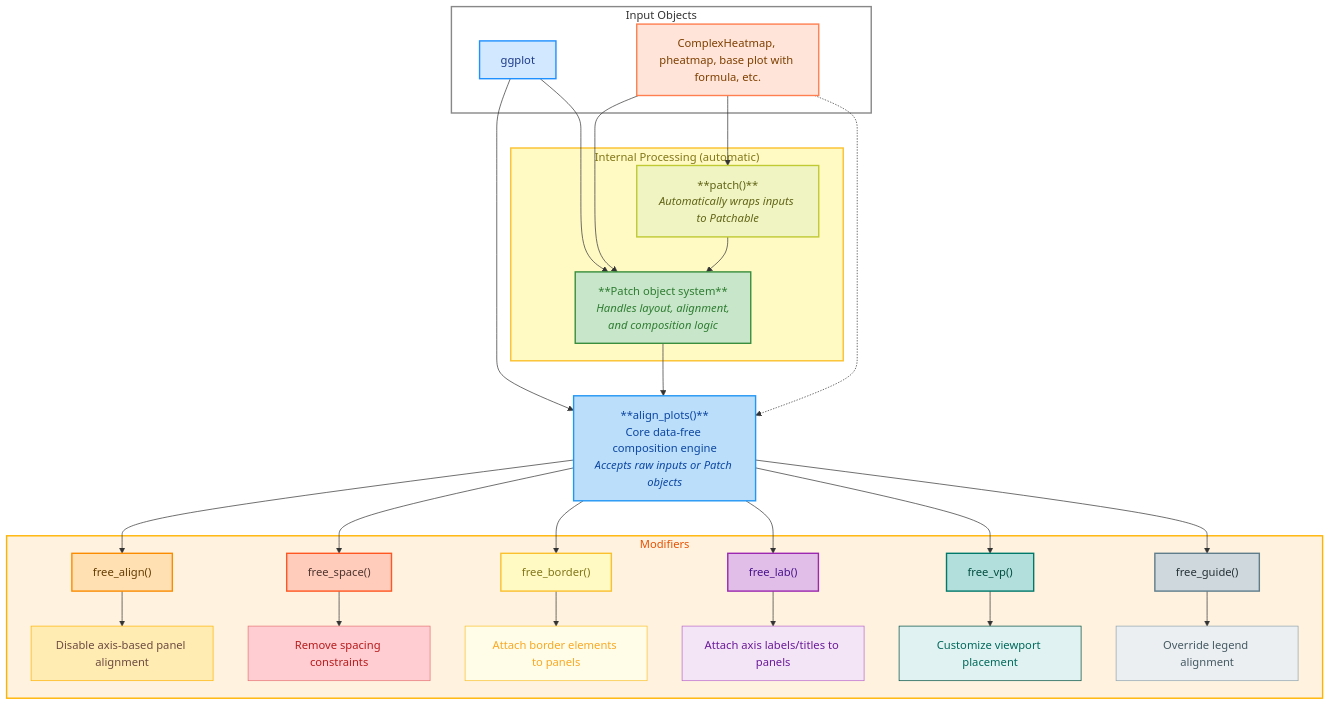
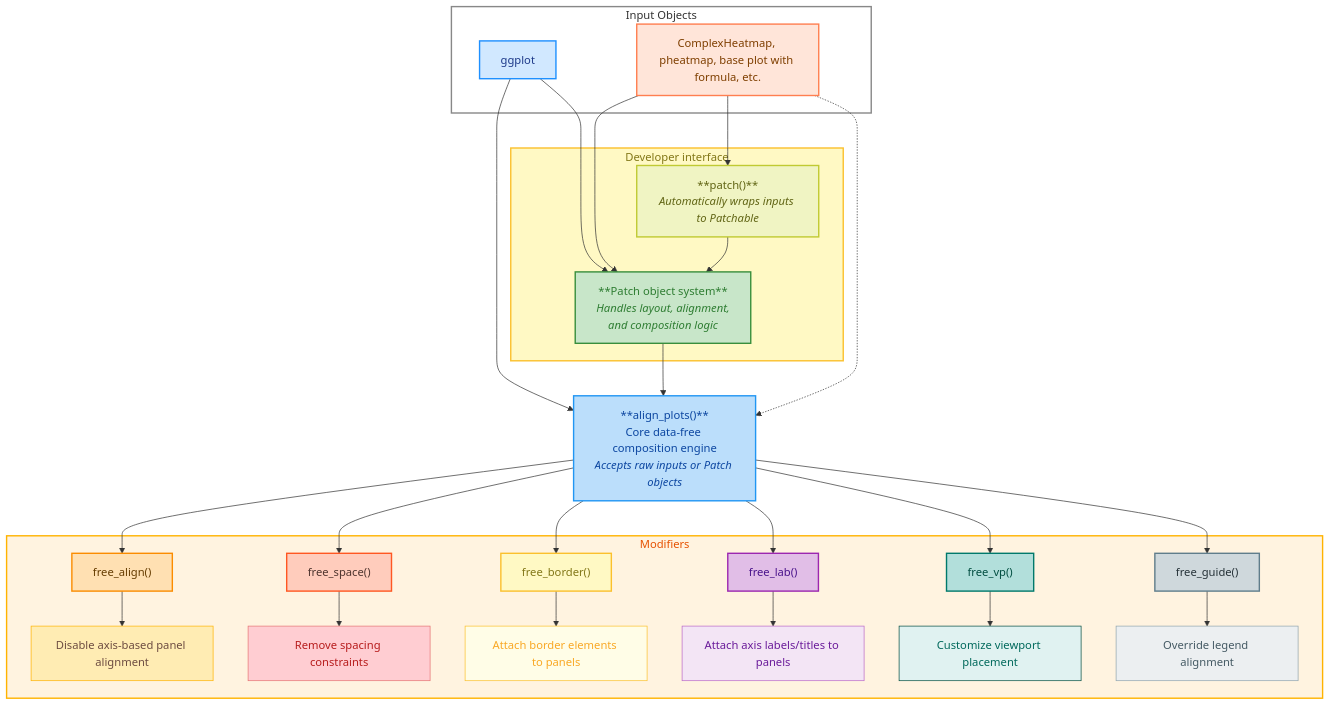
Before and after one commit to Yunuuuu/ggalign-book: the first of 2 diagrams in introduction.qmd, drawn with Mermaid. The commit also changed other lines of this file, not shown here.

```diff
--- a/introduction.qmd
+++ b/introduction.qmd
@@ -86,7 +86,7 @@
     end
 
     %% Internal automatic processing
-    subgraph Internal["Internal Processing (automatic)"]
+    subgraph Internal["Developer interface"]
         PatchFn["**patch()**<br/><i>Automatically wraps inputs to Patchable</i>"]
         Patch["**Patch object system**<br/><i>Handles layout, alignment,<br/>and composition logic</i>"]
     end
```
